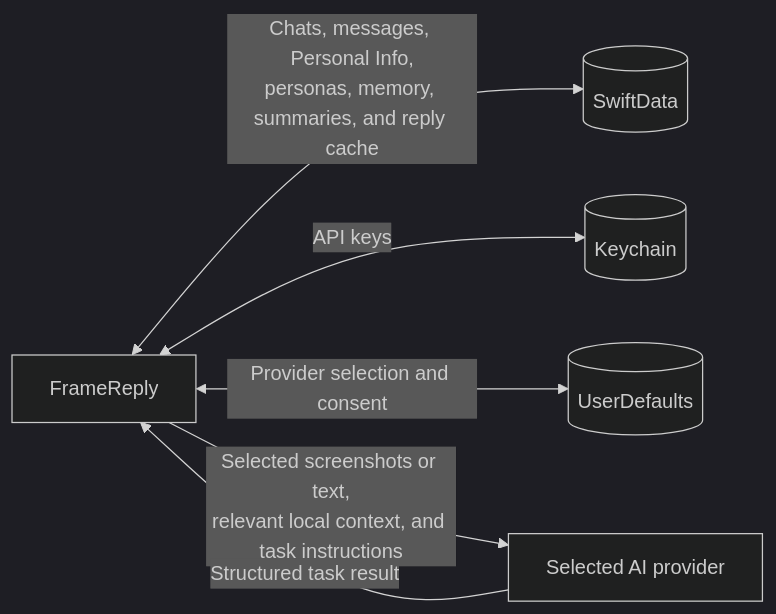
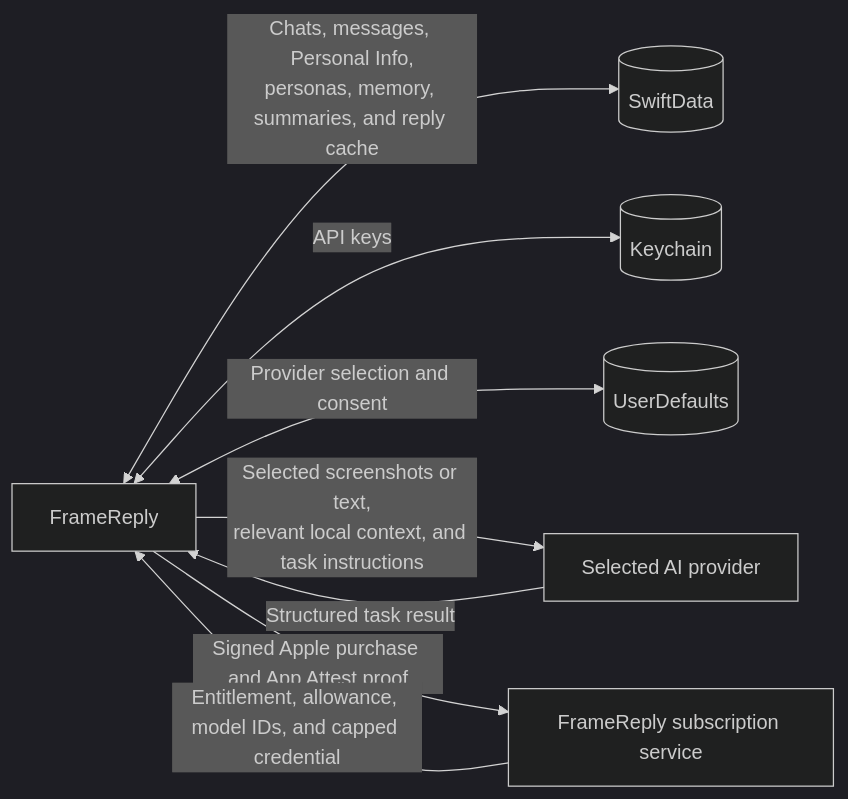
Before and after one commit to fanjin-z/framereply: the second of 3 diagrams in docs/architecture.md, drawn with Mermaid (dark theme). The commit also changed other lines of this file and 10 other files, not shown here.

````diff
--- a/docs/architecture.md
+++ b/docs/architecture.md
@@ -40,14 +41,17 @@
 ```mermaid
 flowchart LR
     App[FrameReply]
     SwiftData[(SwiftData)]
     Keychain[(Keychain)]
     Defaults[(UserDefaults)]
     Provider[Selected AI provider]
+    Subscription[FrameReply subscription service]
 
     App <-->|Chats, messages, Personal Info,<br/>personas, memory, summaries, and reply cache| SwiftData
     App <-->|API keys| Keychain
     App <-->|Provider selection and consent| Defaults
     App -->|Selected screenshots or text,<br/>relevant local context, and task instructions| Provider
     Provider -->|Structured task result| App
+    App -->|Signed Apple purchase and App Attest proof| Subscription
+    Subscription -->|Entitlement, allowance, model IDs, and capped credential| App
 ```
````
